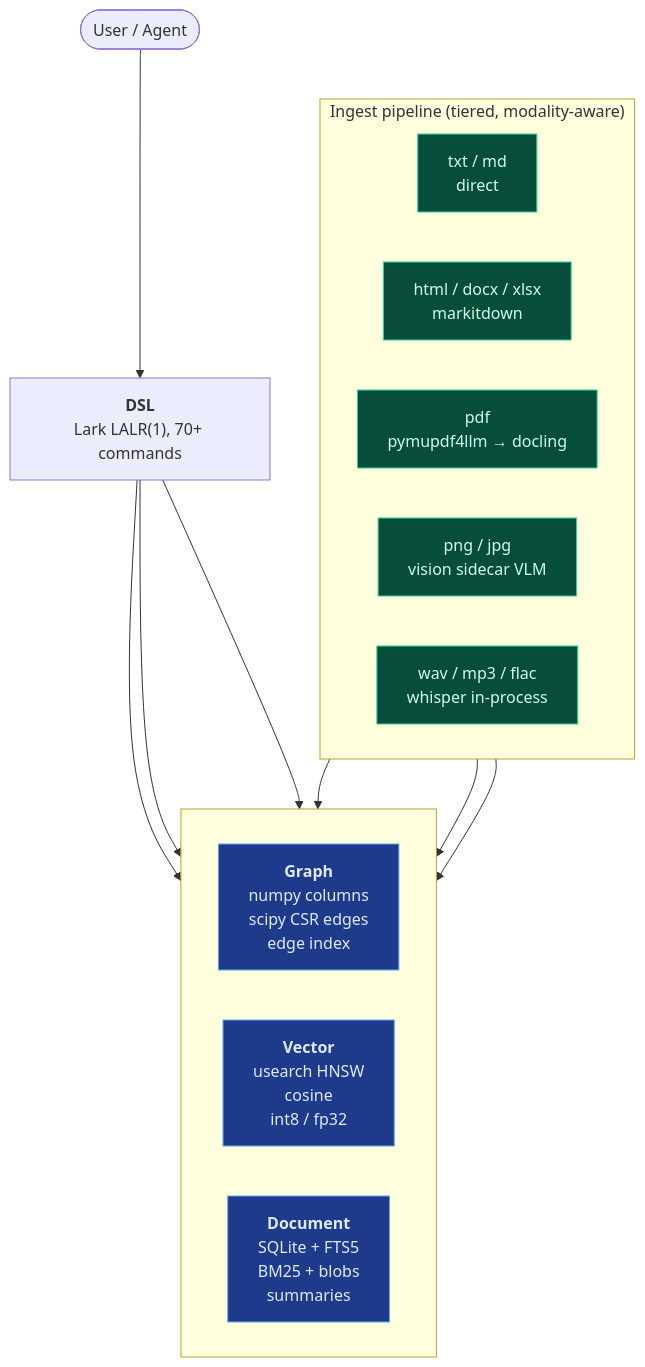
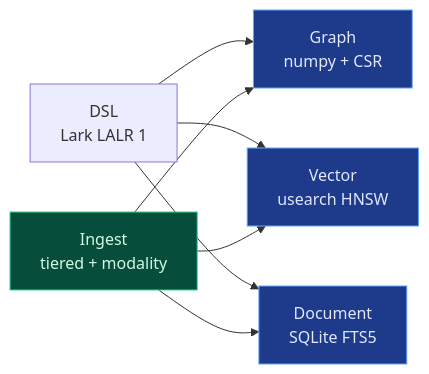
Before and after one commit to orkait/graphstore: the first of 2 diagrams in README.md, drawn with Mermaid. The commit also changed other lines of this file, not shown here.

First line of the commit message:
docs(readme): compact mermaid diagrams + collapse behind <details>

````diff
--- a/README.md
+++ b/README.md
@@ -41,34 +44,20 @@
 ```mermaid
-flowchart TD
-    User([User / Agent])
-    DSL["<b>DSL</b><br/>Lark LALR(1), 70+ commands"]
+flowchart LR
+    DSL[DSL<br/>Lark LALR 1]
+    G[Graph<br/>numpy + CSR]
+    V[Vector<br/>usearch HNSW]
+    D[Document<br/>SQLite FTS5]
+    I[Ingest<br/>tiered + modality]
 
-    subgraph Engines [" "]
-        direction LR
-        Graph["<b>Graph</b><br/>numpy columns<br/>scipy CSR edges<br/>edge index"]
-        Vector["<b>Vector</b><br/>usearch HNSW<br/>cosine<br/>int8 / fp32"]
-        Document["<b>Document</b><br/>SQLite + FTS5<br/>BM25 + blobs<br/>summaries"]
-    end
+    DSL --> G
+    DSL --> V
+    DSL --> D
+    I --> G
+    I --> V
+    I --> D
 
-    subgraph Ingest ["Ingest pipeline (tiered, modality-aware)"]
-        direction LR
-        TxtMd[txt / md<br/>direct]
-        Mit[html / docx / xlsx<br/>markitdown]
-        Pdf[pdf<br/>pymupdf4llm → docling]
-        Vis[png / jpg<br/>vision sidecar VLM]
-        Aud[wav / mp3 / flac<br/>whisper in-process]
-    end
-
-    User --> DSL
-    DSL --> Graph
-    DSL --> Vector
-    DSL --> Document
-    Ingest --> Graph
-    Ingest --> Vector
-    Ingest --> Document
-
-    classDef engine fill:#1e3a8a,stroke:#60a5fa,color:#e0e7ff,stroke-width:1px
-    classDef ingest fill:#064e3b,stroke:#34d399,color:#d1fae5,stroke-width:1px
-    class Graph,Vector,Document engine
-    class TxtMd,Mit,Pdf,Vis,Aud ingest
+    classDef eng fill:#1e3a8a,stroke:#60a5fa,color:#e0e7ff
+    classDef ing fill:#064e3b,stroke:#34d399,color:#d1fae5
+    class G,V,D eng
+    class I ing
 ```
````
